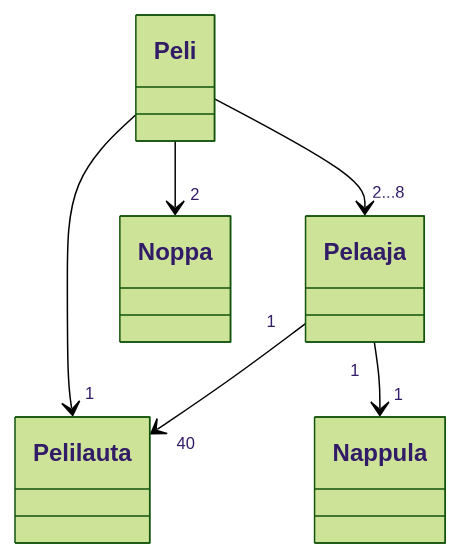
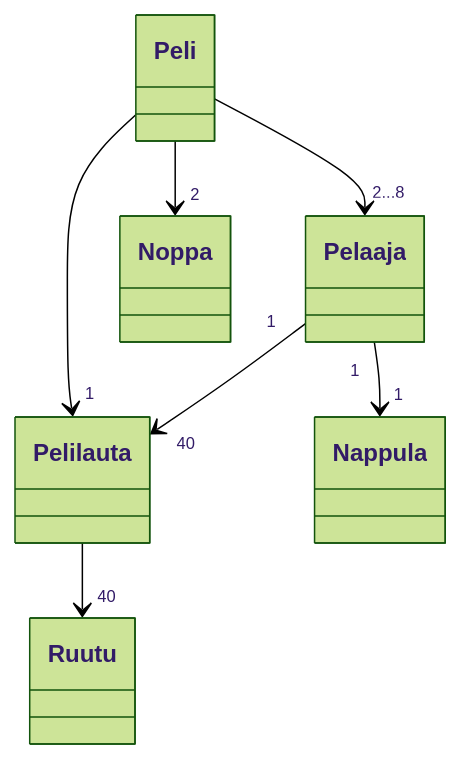
The diagram in laskarit/viikko3/monopoli1.md (Aaltonenn/ot-harjoitustyo), drawn with Mermaid (forest theme) before and after one commit.

````diff
--- a/laskarit/viikko3/monopoli1.md
+++ b/laskarit/viikko3/monopoli1.md
@@ -3,17 +3,18 @@
 ```mermaid
  classDiagram
       Pelaaja "1" --> "40" Pelilauta
       Peli --> "2...8" Pelaaja
       Peli --> "1" Pelilauta
       Peli --> "2" Noppa
       Pelaaja "1" --> "1" Nappula
-
+      Pelilauta --> "40" Ruutu
+      
       class Pelaaja{
       }
       class Pelilauta{
       }
       class Peli{
       }
       class Nappula{
       }
 ```
````
